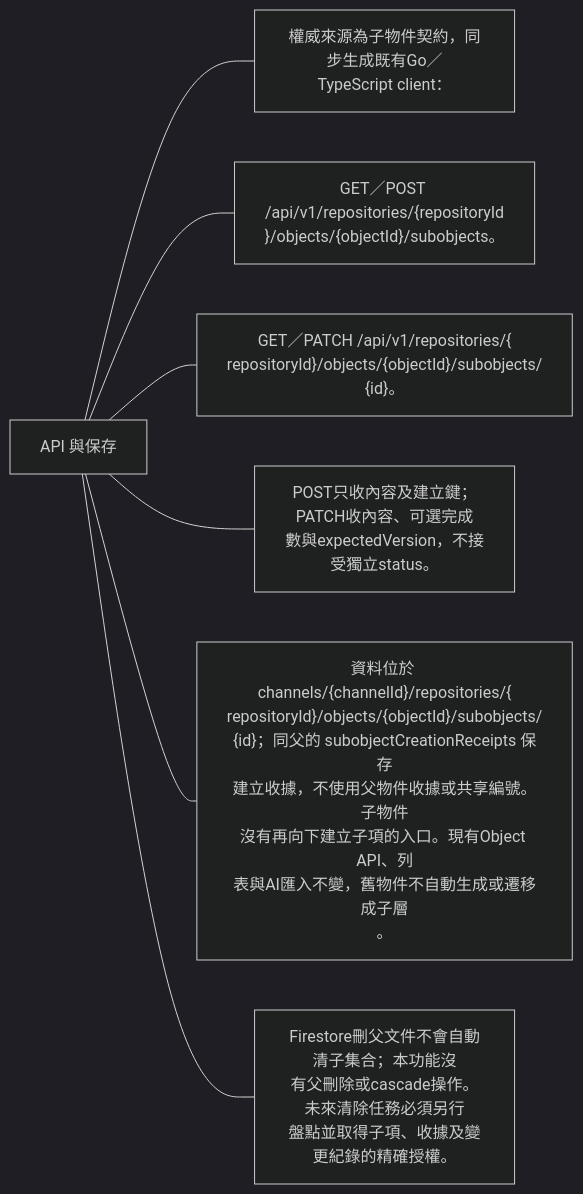
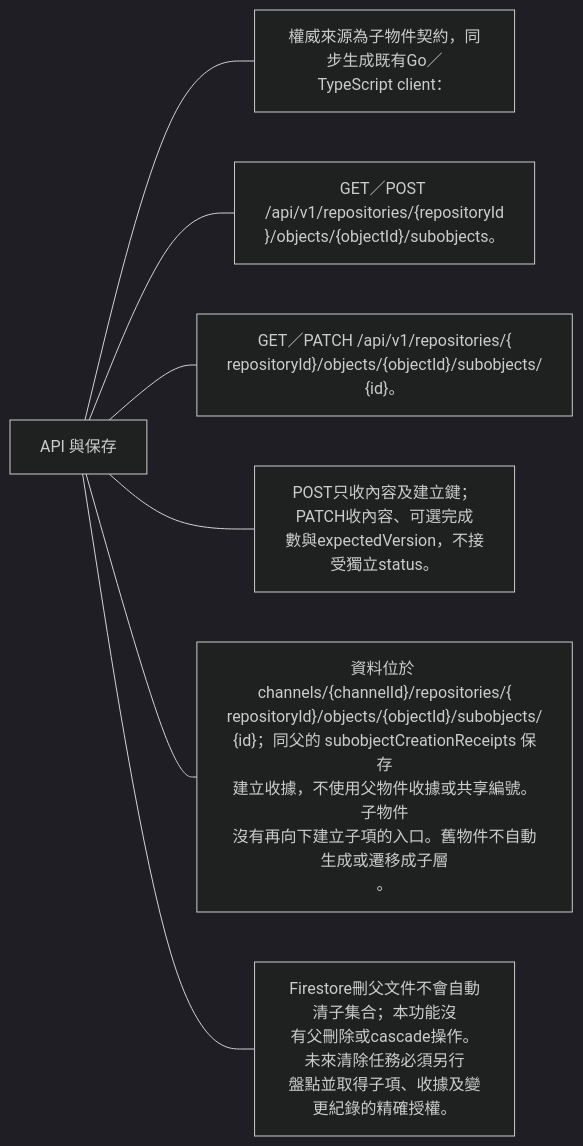
The third of 4 diagrams in docs/domains/subobject/design.md (963sup/line-mini-app-bot), drawn with Mermaid (dark theme) before and after one commit. The commit also changed other lines of this file and 100 other files, not shown here.

````diff
--- a/docs/domains/subobject/design.md
+++ b/docs/domains/subobject/design.md
@@ -25,11 +25,11 @@
 ```mermaid
 flowchart LR
   h["API 與保存"]
   h --- n0["權威來源為子物件契約，同步生成既有Go／<br/>TypeScript client："]
   click n0 "../../../api/contract/subobject/subobjects.yaml"
   h --- n1["GET／POST /api/v1/repositories/{repositoryId<br/>}/objects/{objectId}/subobjects。"]
   h --- n2["GET／PATCH /api/v1/repositories/{<br/>repositoryId}/objects/{objectId}/subobjects/<br/>{id}。"]
   h --- n3["POST只收內容及建立鍵；PATCH收內容、可選完成<br/>數與expectedVersion，不接受獨立status。"]
-  h --- n4["資料位於 channels/{channelId}/repositories/{<br/>repositoryId}/objects/{objectId}/subobjects/<br/>{id}；同父的 subobjectCreationReceipts 保存<br/>建立收據，不使用父物件收據或共享編號。子物件<br/>沒有再向下建立子項的入口。現有Object API、列<br/>表與AI匯入不變，舊物件不自動生成或遷移成子層<br/>。"]
+  h --- n4["資料位於 channels/{channelId}/repositories/{<br/>repositoryId}/objects/{objectId}/subobjects/<br/>{id}；同父的 subobjectCreationReceipts 保存<br/>建立收據，不使用父物件收據或共享編號。子物件<br/>沒有再向下建立子項的入口。舊物件不自動生成或遷移成子層<br/>。"]
   h --- n5["Firestore刪父文件不會自動清子集合；本功能沒<br/>有父刪除或cascade操作。未來清除任務必須另行<br/>盤點並取得子項、收據及變更紀錄的精確授權。"]
 ```
````
